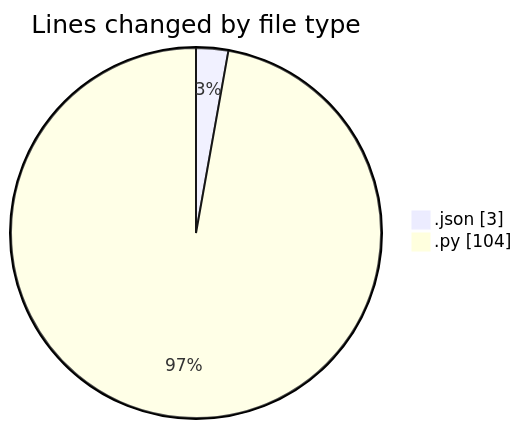
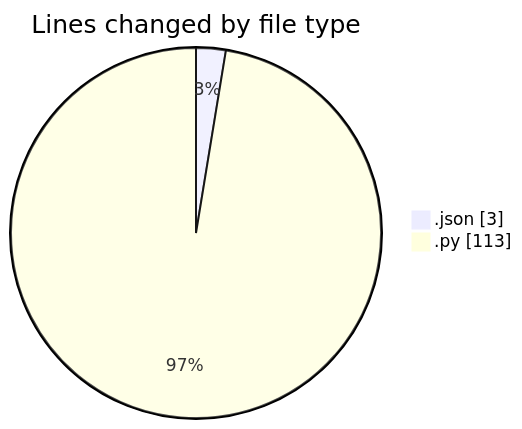
One commit to MatusMokan/code-tracking changed the first of 2 diagrams in 2025-10-08/untitled__workspace_/README.md. Above: the diagram before and after it, drawn with Mermaid. The commit also changed other lines of this file and 1 other file, not shown here.

````diff
--- a/2025-10-08/untitled__workspace_/README.md
+++ b/2025-10-08/untitled__workspace_/README.md
@@ -21,6 +21,6 @@
 ```mermaid
 pie showData
 title Lines changed by file type
 ".json" : 3
-".py" : 104
+".py" : 113
 ```
````
